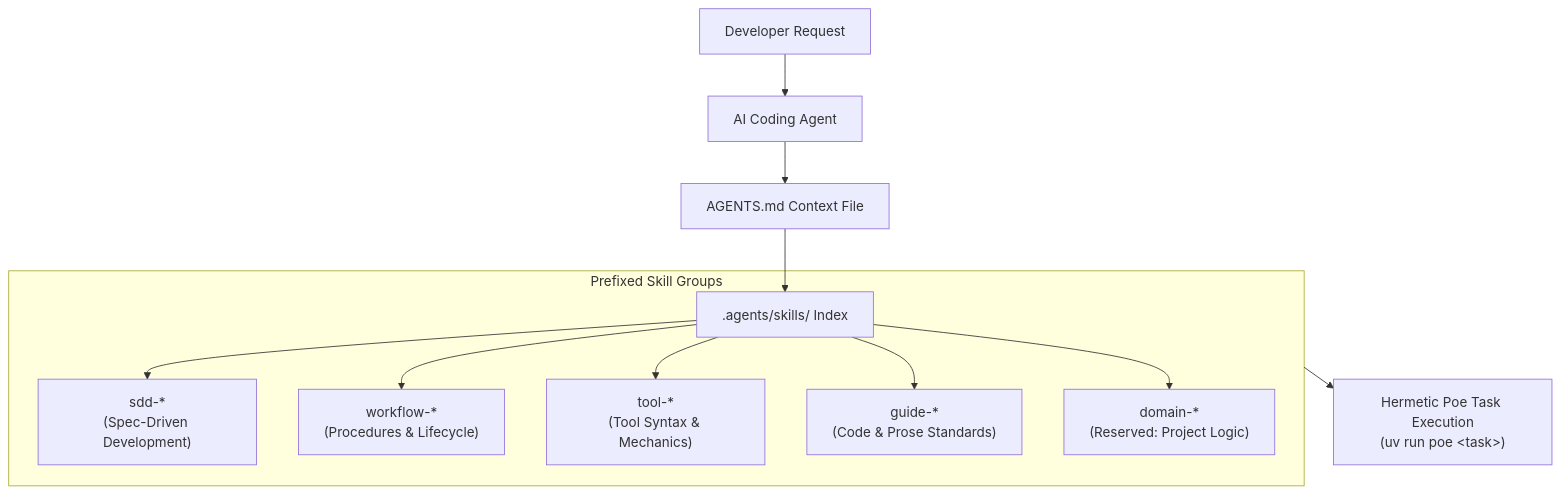
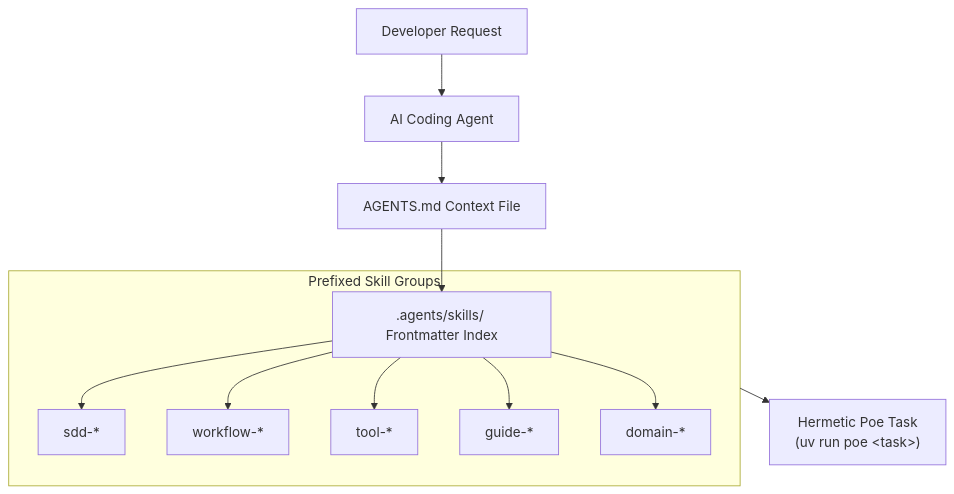
Before and after one commit to bwrob/zenith: the diagram in docs/skills/index.md, drawn with Mermaid. The commit also changed other lines of this file and 35 other files, not shown here.

````diff
--- a/docs/skills/index.md
+++ b/docs/skills/index.md
@@ -129,16 +82,16 @@
 ```mermaid
 flowchart TD
     Prompt["Developer Request"] --> Agent["AI Coding Agent"]
     Agent --> Root["AGENTS.md Context File"]
-    Root --> Index[".agents/skills/ Index"]
+    Root --> Index[".agents/skills/ Frontmatter Index"]
 
     subgraph Taxonomy["Prefixed Skill Groups"]
-        Index --> S["sdd-*<br/>(Spec-Driven Development)"]
-        Index --> W["workflow-*<br/>(Procedures & Lifecycle)"]
-        Index --> T["tool-*<br/>(Tool Syntax & Mechanics)"]
-        Index --> G["guide-*<br/>(Code & Prose Standards)"]
-        Index --> D["domain-*<br/>(Reserved: Project Logic)"]
+        Index --> S["sdd-*"]
+        Index --> W["workflow-*"]
+        Index --> T["tool-*"]
+        Index --> G["guide-*"]
+        Index --> D["domain-*"]
     end
 
-    Taxonomy --> Execution["Hermetic Poe Task Execution<br/>(uv run poe &lt;task&gt;)"]
+    Taxonomy --> Execution["Hermetic Poe Task<br/>(uv run poe &lt;task&gt;)"]
 ```
````
